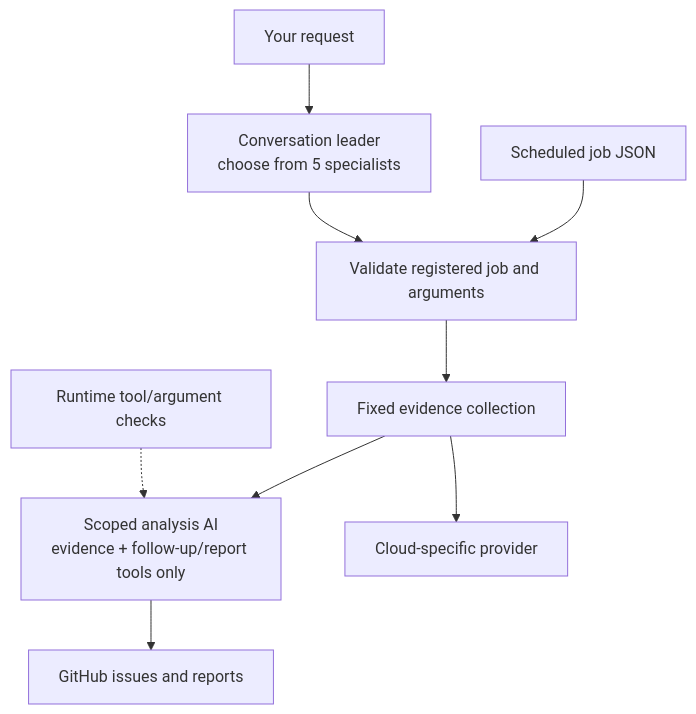
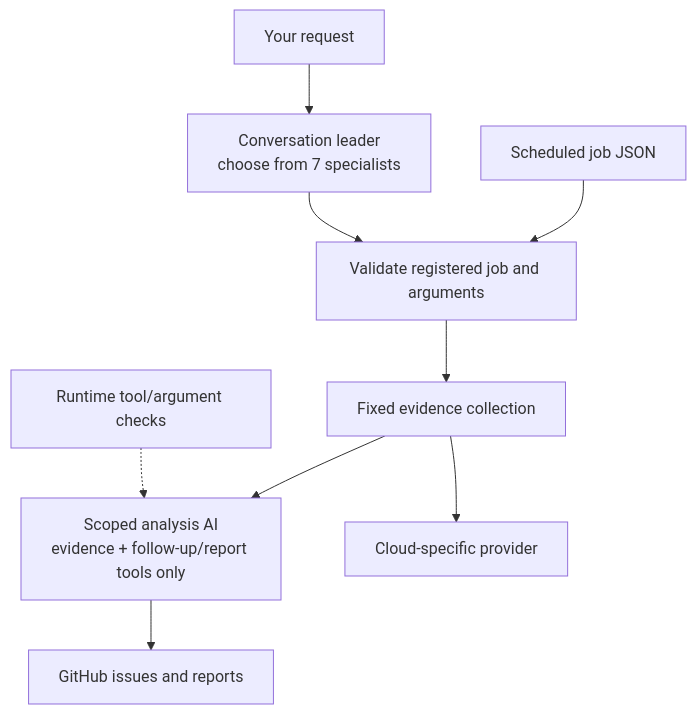
The diagram in README.md (atsuki-sakai/cloud-ops-team), drawn with Mermaid before and after one commit. The commit also changed other lines of this file and 51 other files, not shown here.

````diff
--- a/README.md
+++ b/README.md
@@ -166,11 +169,11 @@
 ```mermaid
 flowchart TB
     SCH["Scheduled job JSON"] --> R["Validate registered job and arguments"]
-    Q["Your request"] --> L["Conversation leader<br/>choose from 5 specialists"]
+    Q["Your request"] --> L["Conversation leader<br/>choose from 7 specialists"]
     L --> R
     R --> C["Fixed evidence collection"]
     C --> A["Scoped analysis AI<br/>evidence + follow-up/report tools only"]
     C --> P["Cloud-specific provider"]
     A --> G["GitHub issues and reports"]
     S["Runtime tool/argument checks"] -.-> A
 ```
````
